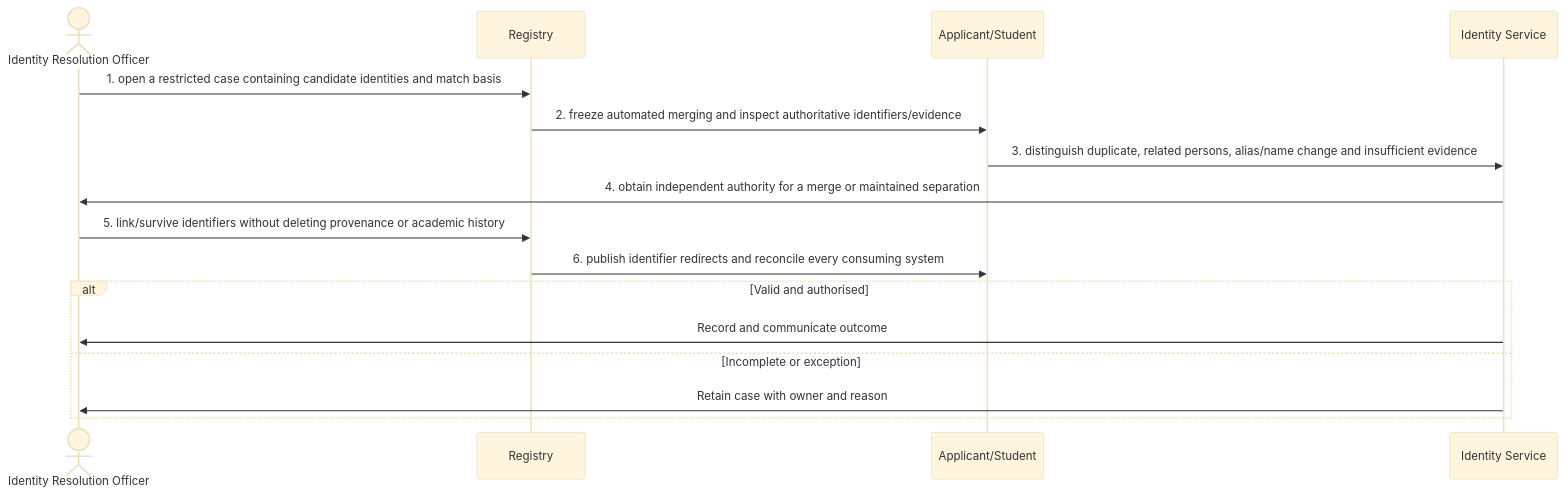
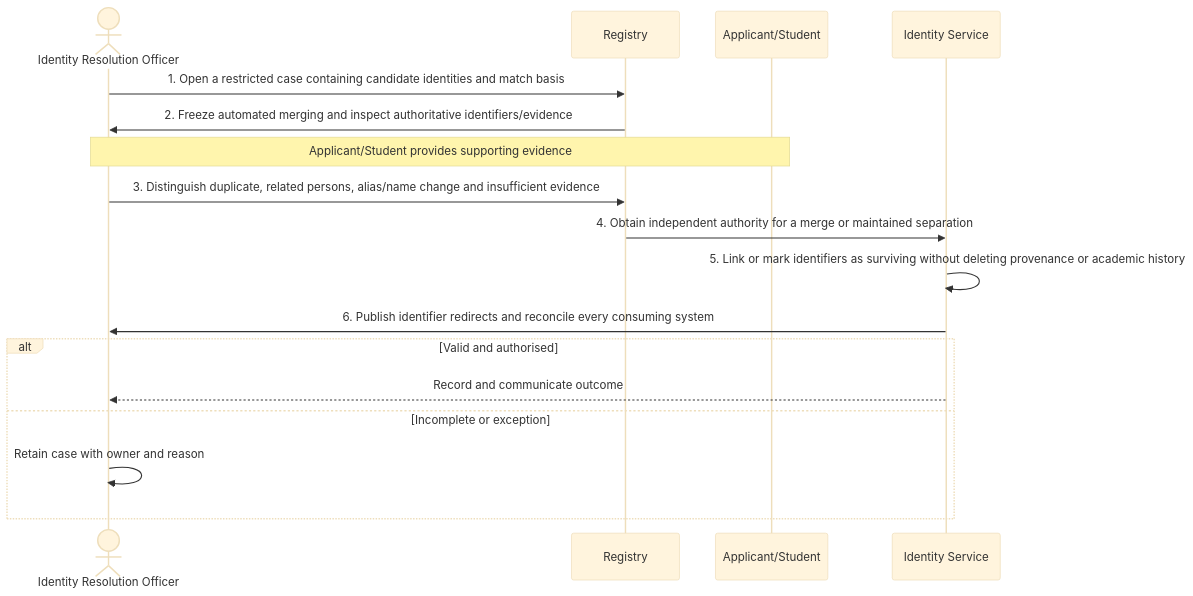
One commit to RevelationCore/Revelation-SRS changed the diagram in docs/business-processes/08-record-governance-and-lifecycle/bp-08-001-resolve-a-duplicate-or-uncertain-identity.md. Above: the diagram before and after it, drawn with Mermaid (base theme). The commit also changed other lines of this file and 96 other files, not shown here.

````diff
--- a/docs/business-processes/08-record-governance-and-lifecycle/bp-08-001-resolve-a-duplicate-or-uncertain-identity.md
+++ b/docs/business-processes/08-record-governance-and-lifecycle/bp-08-001-resolve-a-duplicate-or-uncertain-identity.md
@@ -158,18 +158,20 @@
 ```mermaid
 sequenceDiagram
     actor A1 as Identity Resolution Officer
     participant A2 as Registry
     participant A3 as Applicant/Student
     participant A4 as Identity Service
-    A1->>A2: 1. open a restricted case containing candidate identities and match basis
-    A2->>A3: 2. freeze automated merging and inspect authoritative identifiers/evidence
-    A3->>A4: 3. distinguish duplicate, related persons, alias/name change and insufficient evidence
-    A4->>A1: 4. obtain independent authority for a merge or maintained separation
-    A1->>A2: 5. link/survive identifiers without deleting provenance or academic history
-    A2->>A3: 6. publish identifier redirects and reconcile every consuming system
+
+    A1->>A2: 1. Open a restricted case containing candidate identities and match basis
+    A2->>A1: 2. Freeze automated merging and inspect authoritative identifiers/evidence
+    Note over A3,A1: Applicant/Student provides supporting evidence
+    A1->>A2: 3. Distinguish duplicate, related persons, alias/name change and insufficient evidence
+    A2->>A4: 4. Obtain independent authority for a merge or maintained separation
+    A4->>A4: 5. Link or mark identifiers as surviving without deleting provenance or academic history
+    A4->>A1: 6. Publish identifier redirects and reconcile every consuming system
     alt Valid and authorised
-        A4->>A1: Record and communicate outcome
+        A4-->>A1: Record and communicate outcome
     else Incomplete or exception
-        A4->>A1: Retain case with owner and reason
+        A1->>A1: Retain case with owner and reason
     end
 ```
````
